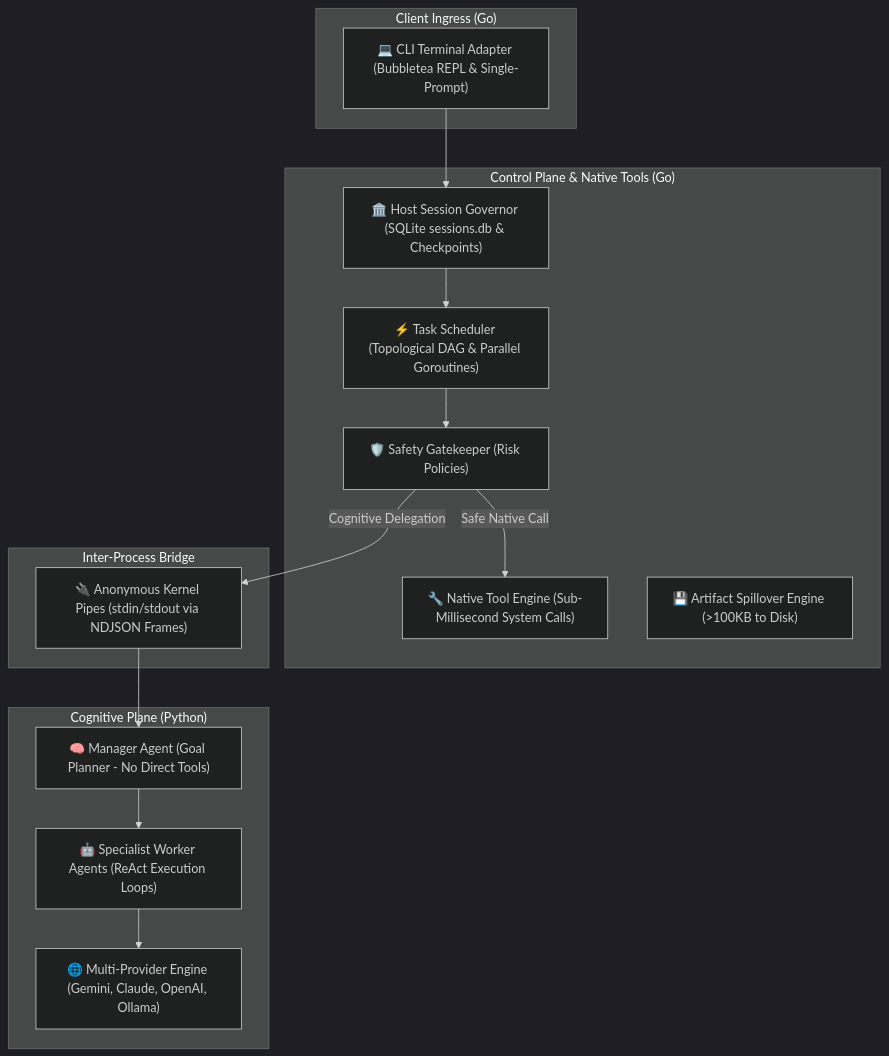
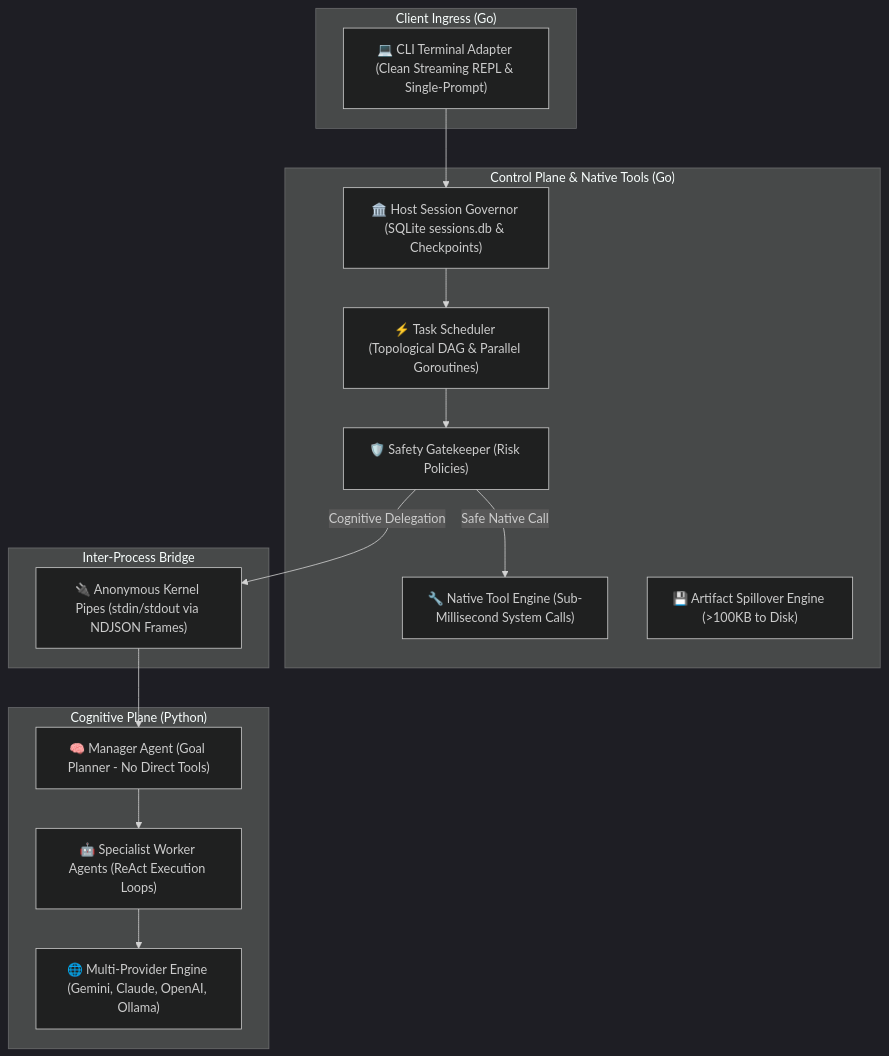
Before and after one commit to PrithvirajSinghChauhan8444/AI-Personal-Assistant-Backend: the second of 2 diagrams in README.md, drawn with Mermaid (dark theme). The commit also changed 135 other files, not shown here.

````diff
--- a/README.md
+++ b/README.md
@@ -195,28 +195,28 @@
 ```mermaid
 flowchart TD
     subgraph ClientLayer ["Client Ingress (Go)"]
-        CLI["💻 CLI Terminal Adapter (Bubbletea REPL & Single-Prompt)"]
+        CLI["💻 CLI Terminal Adapter (Clean Streaming REPL & Single-Prompt)"]
     end
 
     subgraph GoPlane ["Control Plane & Native Tools (Go)"]
         Host["🏛️ Host Session Governor (SQLite sessions.db & Checkpoints)"]
         Scheduler["⚡ Task Scheduler (Topological DAG & Parallel Goroutines)"]
         Gatekeeper["🛡️ Safety Gatekeeper (Risk Policies)"]
         Tools["🔧 Native Tool Engine (Sub-Millisecond System Calls)"]
         Spillover["💾 Artifact Spillover Engine (>100KB to Disk)"]
     end
 
     subgraph BridgeLayer ["Inter-Process Bridge"]
         Pipes["🔌 Anonymous Kernel Pipes (stdin/stdout via NDJSON Frames)"]
     end
 
     subgraph PyPlane ["Cognitive Plane (Python)"]
         Manager["🧠 Manager Agent (Goal Planner - No Direct Tools)"]
         Workers["🤖 Specialist Worker Agents (ReAct Execution Loops)"]
         Models["🌐 Multi-Provider Engine (Gemini, Claude, OpenAI, Ollama)"]
     end
 
     CLI --> Host --> Scheduler --> Gatekeeper
     Gatekeeper -->|Safe Native Call| Tools
     Gatekeeper -->|Cognitive Delegation| Pipes --> Manager --> Workers --> Models
 ```
````
